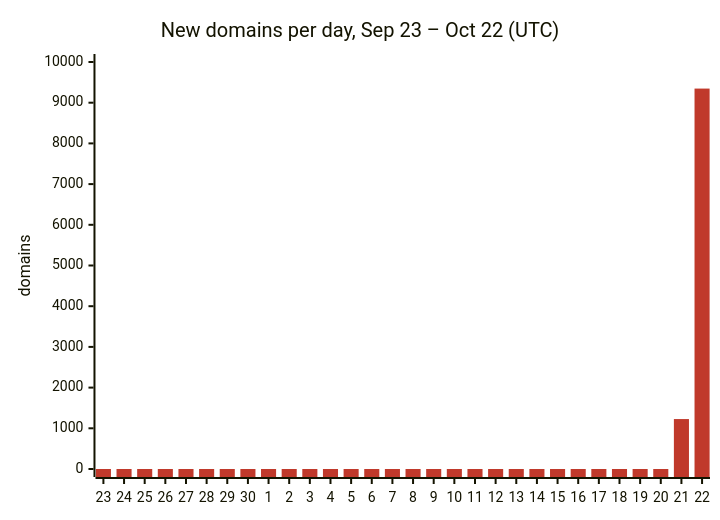
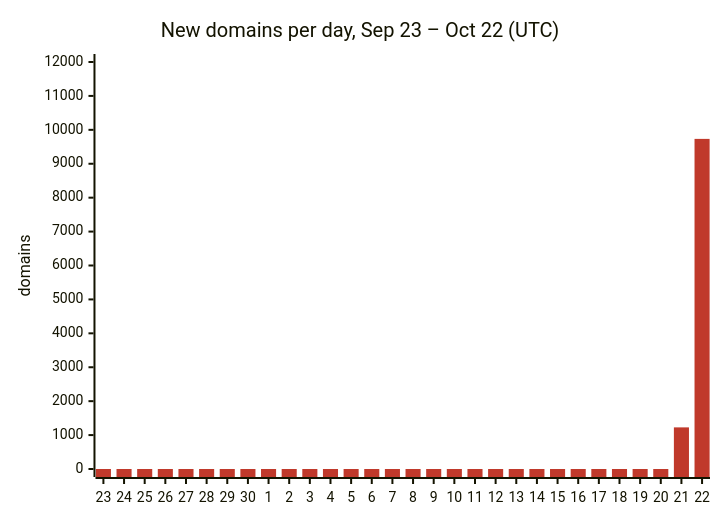
The first of 3 diagrams in README.md (DNSBunker/CTI), drawn with Mermaid before and after one commit. The commit also changed other lines of this file and 3 other files, not shown here.

````diff
--- a/README.md
+++ b/README.md
@@ -29,8 +29,8 @@
 ```mermaid
 %%{init: {"themeVariables": {"xyChart": {"plotColorPalette": "#c0392b"}}}}%%
 xychart-beta
     title "New domains per day, Sep 23 – Oct 22 (UTC)"
     x-axis ["23", "24", "25", "26", "27", "28", "29", "30", "1", "2", "3", "4", "5", "6", "7", "8", "9", "10", "11", "12", "13", "14", "15", "16", "17", "18", "19", "20", "21", "22"]
-    y-axis "domains" 0 --> 10000
-    bar [0, 0, 0, 0, 0, 0, 0, 0, 0, 0, 0, 0, 0, 0, 0, 0, 0, 0, 0, 0, 0, 0, 0, 0, 0, 0, 0, 0, 1227, 9347]
+    y-axis "domains" 0 --> 12000
+    bar [0, 0, 0, 0, 0, 0, 0, 0, 0, 0, 0, 0, 0, 0, 0, 0, 0, 0, 0, 0, 0, 0, 0, 0, 0, 0, 0, 0, 1227, 9733]
 ```
````
